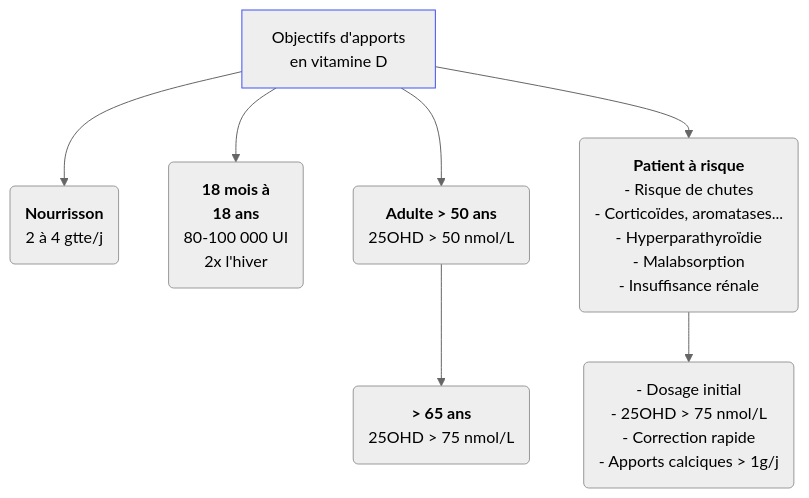
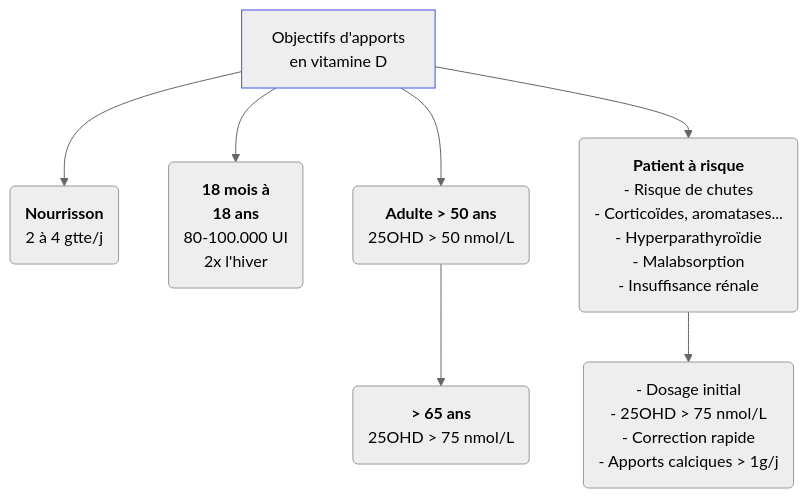
One commit to djibe/recommandations-medicales changed the diagram in content/recommandations/vitamine-d.md. Above: the diagram before and after it, drawn with Mermaid (neutral theme). The commit also changed other lines of this file and 43 other files, not shown here.

```diff
--- a/content/recommandations/vitamine-d.md
+++ b/content/recommandations/vitamine-d.md
@@ -202,10 +202,10 @@
 {{< mermaid title="Cibles d'apports en vitamine D (schéma simplifié). Dr JB FRON d'après Souberbielle 2019" >}}
 graph TB
   apports["Objectifs d'apports<br>en vitamine D"]
   style apports stroke:#4150f5, stroke-width:1px
     apports --> ns(<b>Nourrisson</b><br>2 à 4 gtte/j)
-    apports --> enfant(<b>18 mois à<br>18 ans</b><br>80-100 000 UI<br> 2x l'hiver)
+    apports --> enfant(<b>18 mois à<br>18 ans</b><br>80-100.000 UI<br> 2x l'hiver)
     apports --> adulte(<b>Adulte &gt; 50 ans</b><br>25OHD &gt; 50 nmol/L)
       adulte --> 65(<b>&gt; 65 ans</b><br>25OHD &gt; 75 nmol/L)
     apports --> risque(<b>Patient à risque</b><br>- Risque de chutes<br>- Corticoïdes, aromatases...<br>- Hyperparathyroïdie<br>- Malabsorption<br>- Insuffisance rénale) --> intensif("- Dosage initial<br>- 25OHD &gt; 75 nmol/L<br>- Correction rapide<br>- Apports calciques &gt; 1g/j")
 {{< /mermaid >}}
```
